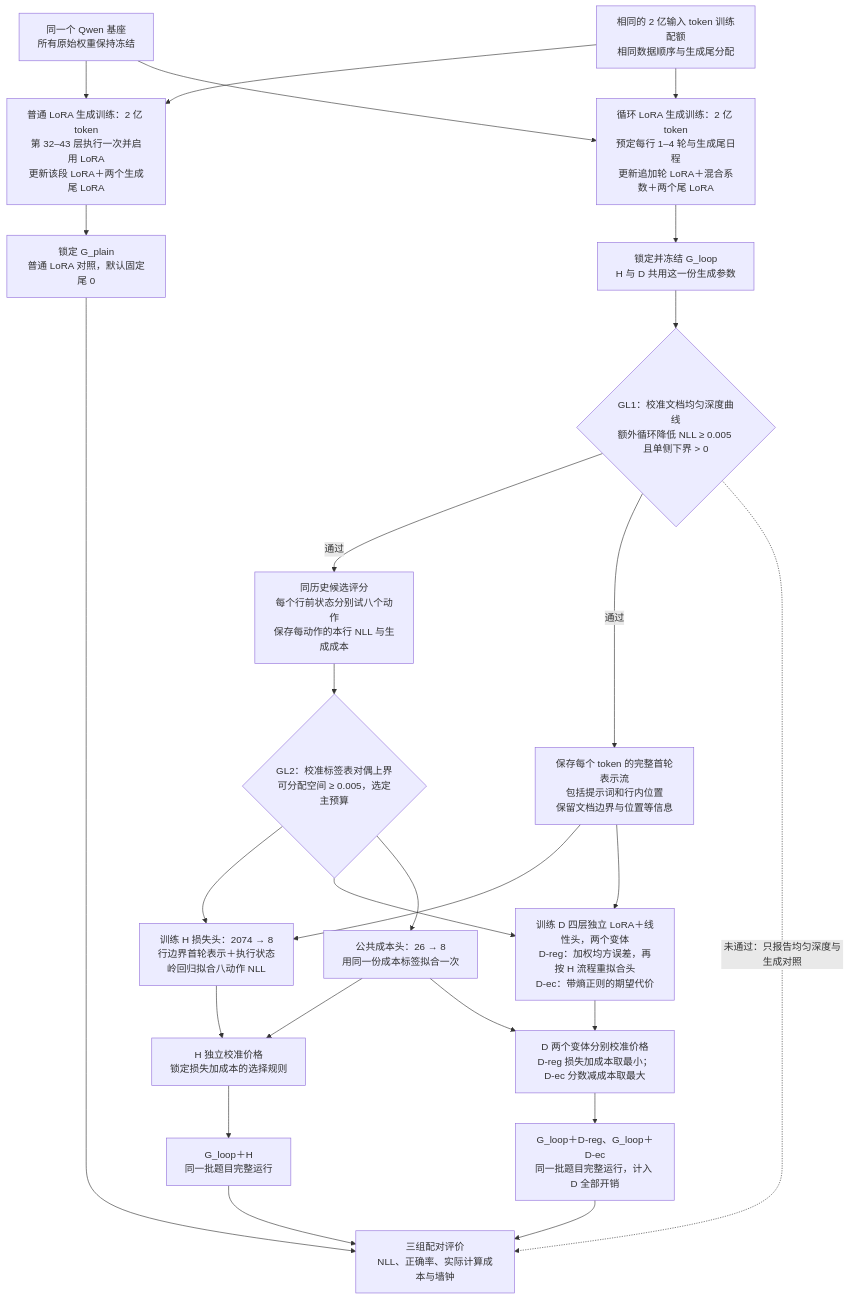
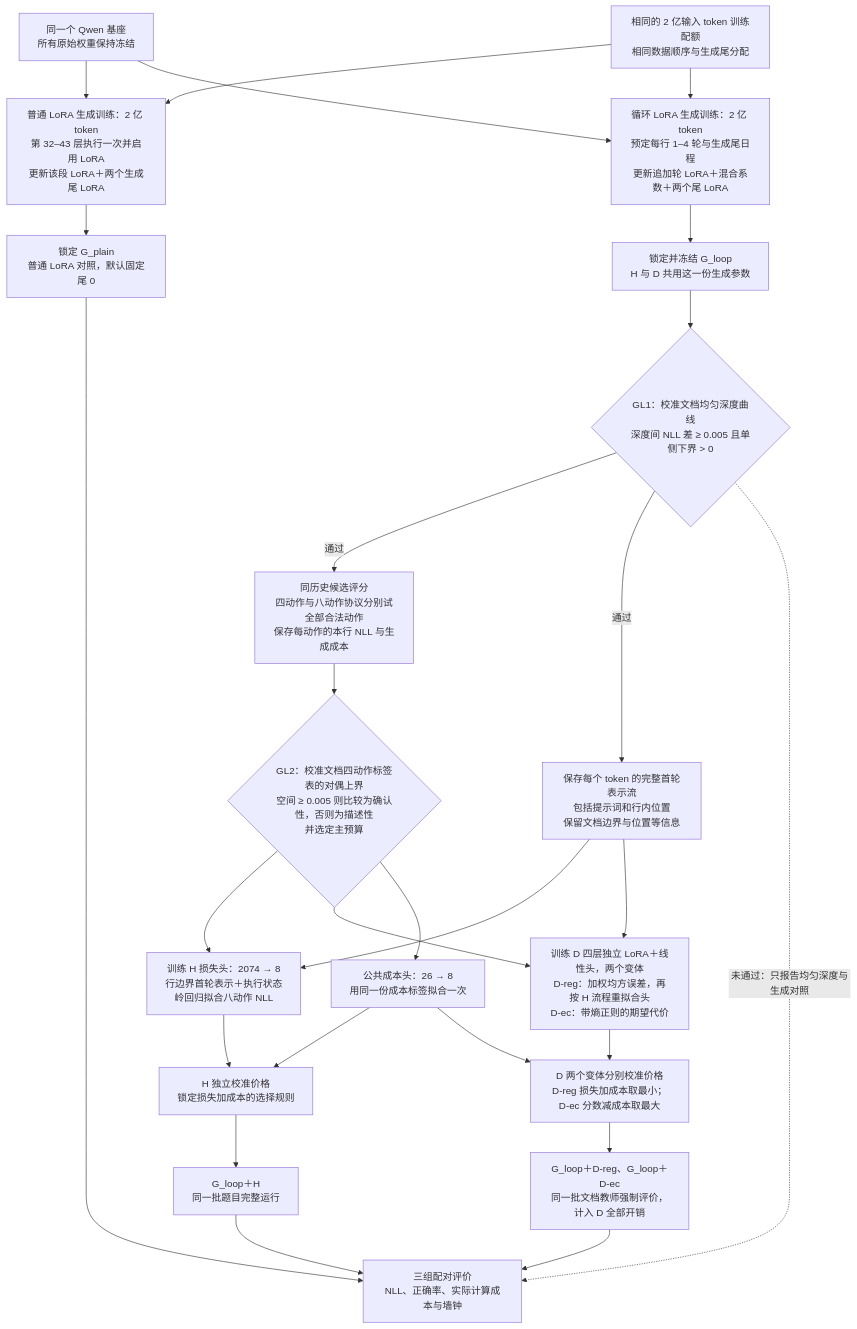
Before and after one commit to Camellia86/Jev-for-MoR-and-MoE: the fourth of 4 diagrams in docs/ARCHITECTURE_FLOW.v4.zh-CN.md, drawn with Mermaid. The commit also changed other lines of this file and 6 other files, not shown here.

````diff
--- a/docs/ARCHITECTURE_FLOW.v4.zh-CN.md
+++ b/docs/ARCHITECTURE_FLOW.v4.zh-CN.md
@@ -294,49 +294,49 @@
 ```mermaid
 flowchart TD
     BASE["同一个 Qwen 基座<br/>所有原始权重保持冻结"]
     DATA["相同的 2 亿输入 token 训练配额<br/>相同数据顺序与生成尾分配"]
 
     PLAIN["普通 LoRA 生成训练：2 亿 token<br/>第 32–43 层执行一次并启用 LoRA<br/>更新该段 LoRA＋两个生成尾 LoRA"]
     LOOP["循环 LoRA 生成训练：2 亿 token<br/>预定每行 1–4 轮与生成尾日程<br/>更新追加轮 LoRA＋混合系数＋两个尾 LoRA"]
     GP["锁定 G_plain<br/>普通 LoRA 对照，默认固定尾 0"]
     GL["锁定并冻结 G_loop<br/>H 与 D 共用这一份生成参数"]
 
-    GL1{"GL1：校准文档均匀深度曲线<br/>额外循环降低 NLL ≥ 0.005 且单侧下界 > 0"}
-    TABLE["同历史候选评分<br/>每个行前状态分别试八个动作<br/>保存每动作的本行 NLL 与生成成本"]
+    GL1{"GL1：校准文档均匀深度曲线<br/>深度间 NLL 差 ≥ 0.005 且单侧下界 > 0"}
+    TABLE["同历史候选评分<br/>四动作与八动作协议分别试全部合法动作<br/>保存每动作的本行 NLL 与生成成本"]
     STREAM["保存每个 token 的完整首轮表示流<br/>包括提示词和行内位置<br/>保留文档边界与位置等信息"]
-    GL2{"GL2：校准标签表对偶上界<br/>可分配空间 ≥ 0.005，选定主预算"}
+    GL2{"GL2：校准文档四动作标签表的对偶上界<br/>空间 ≥ 0.005 则比较为确认性，否则为描述性<br/>并选定主预算"}
     COST["公共成本头：26 → 8<br/>用同一份成本标签拟合一次"]
 
     HFIT["训练 H 损失头：2074 → 8<br/>行边界首轮表示＋执行状态<br/>岭回归拟合八动作 NLL"]
     DTRAIN["训练 D 四层独立 LoRA＋线性头，两个变体<br/>D-reg：加权均方误差，再按 H 流程重拟合头<br/>D-ec：带熵正则的期望代价"]
 
     HCAL["H 独立校准价格<br/>锁定损失加成本的选择规则"]
     DCAL["D 两个变体分别校准价格<br/>D-reg 损失加成本取最小；D-ec 分数减成本取最大"]
     HEVAL["G_loop＋H<br/>同一批题目完整运行"]
-    DEVAL["G_loop＋D-reg、G_loop＋D-ec<br/>同一批题目完整运行，计入 D 全部开销"]
+    DEVAL["G_loop＋D-reg、G_loop＋D-ec<br/>同一批文档教师强制评价，计入 D 全部开销"]
     RESULT["三组配对评价<br/>NLL、正确率、实际计算成本与墙钟"]
 
     BASE --> PLAIN
     BASE --> LOOP
     DATA --> PLAIN --> GP
     DATA --> LOOP --> GL
     GL --> GL1
     GL1 -->|"通过"| TABLE
     GL1 -->|"通过"| STREAM
     GL1 -.->|"未通过：只报告均匀深度与生成对照"| RESULT
     TABLE --> GL2
     GL2 --> HFIT
     GL2 --> DTRAIN
     GL2 --> COST
     STREAM --> HFIT
     STREAM --> DTRAIN
     HFIT --> HCAL
     DTRAIN --> DCAL
     COST --> HCAL
     COST --> DCAL
     HCAL --> HEVAL
     DCAL --> DEVAL
     GP --> RESULT
     HEVAL --> RESULT
     DEVAL --> RESULT
 ```
````
